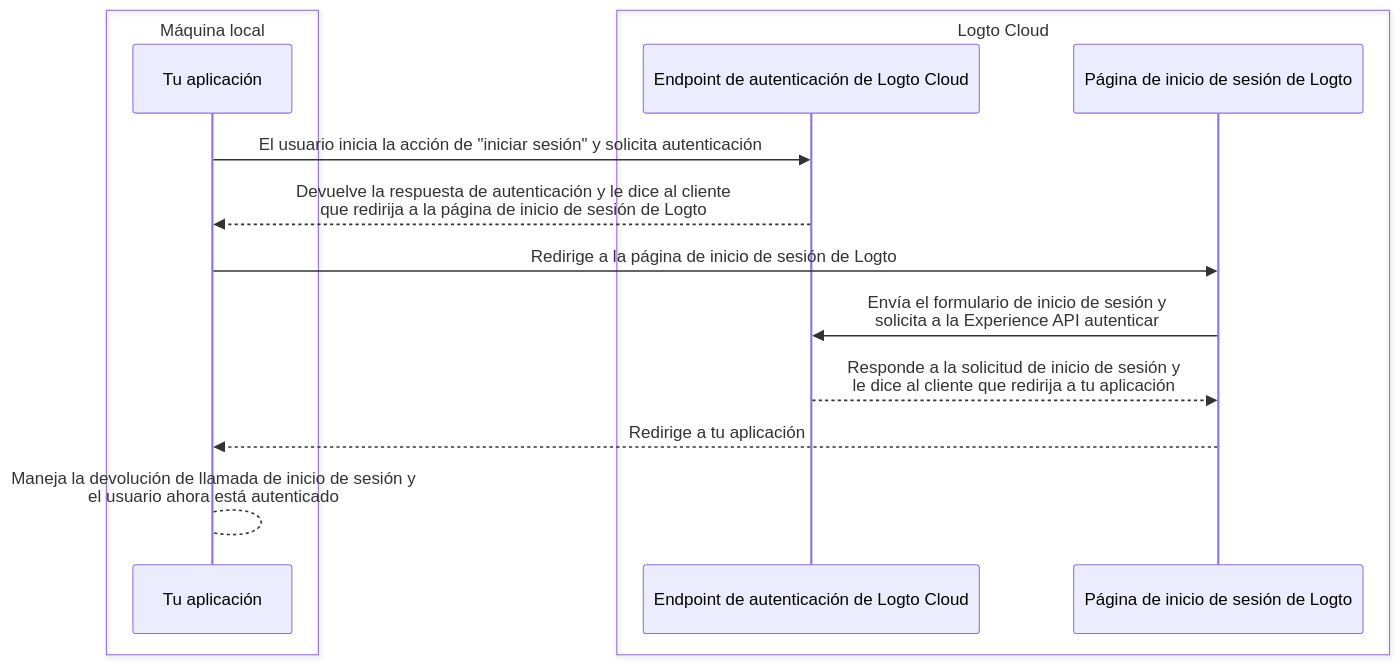
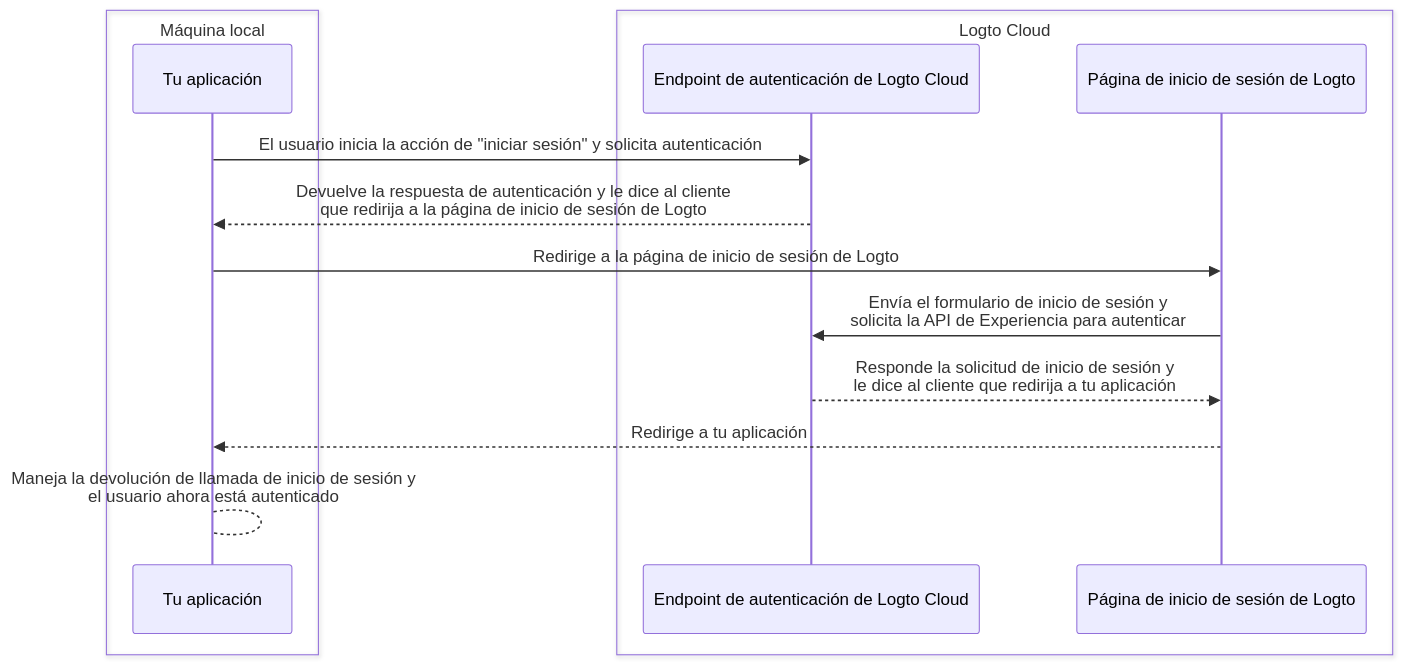
The first of 2 diagrams in i18n/es/docusaurus-plugin-content-docs/current/customization/bring-your-ui/debug-and-test-your-custom-ui-locally.mdx (logto-io/docs), drawn with Mermaid before and after one commit. The commit also changed other lines of this file and 428 other files, not shown here.

````diff
--- a/i18n/es/docusaurus-plugin-content-docs/current/customization/bring-your-ui/debug-and-test-your-custom-ui-locally.mdx
+++ b/i18n/es/docusaurus-plugin-content-docs/current/customization/bring-your-ui/debug-and-test-your-custom-ui-locally.mdx
@@ -18,17 +18,17 @@
 ```mermaid
 sequenceDiagram
     box Máquina local
     participant A as Tu aplicación
     end
     box Logto Cloud
     participant B as Endpoint de autenticación de Logto Cloud
     participant C as Página de inicio de sesión de Logto
     end
     A ->> B: El usuario inicia la acción de "iniciar sesión" y solicita autenticación
     B -->> A: Devuelve la respuesta de autenticación y le dice al cliente<br/>que redirija a la página de inicio de sesión de Logto
     A ->> C: Redirige a la página de inicio de sesión de Logto
-    C ->> B: Envía el formulario de inicio de sesión y<br/>solicita a la Experience API autenticar
-    B -->> C: Responde a la solicitud de inicio de sesión y<br/>le dice al cliente que redirija a tu aplicación
+    C ->> B: Envía el formulario de inicio de sesión y<br/>solicita la API de Experiencia para autenticar
+    B -->> C: Responde la solicitud de inicio de sesión y<br/>le dice al cliente que redirija a tu aplicación
     C -->> A: Redirige a tu aplicación
     A --> A: Maneja la devolución de llamada de inicio de sesión y<br/>el usuario ahora está autenticado
 ```
````
